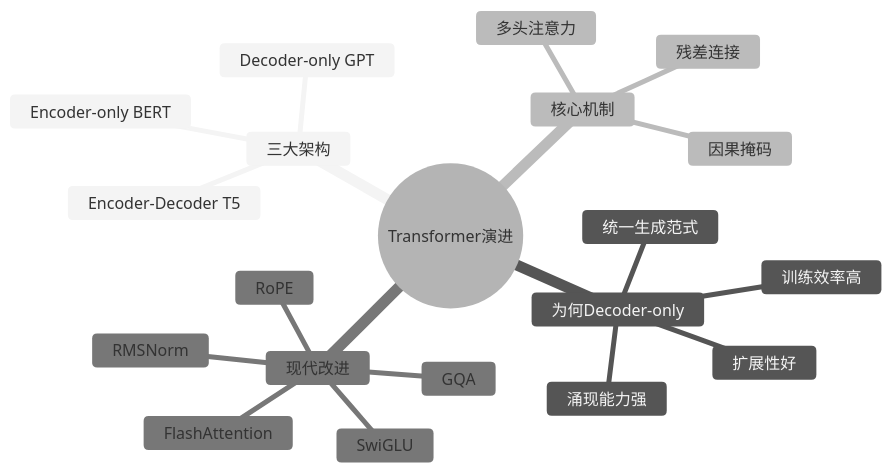
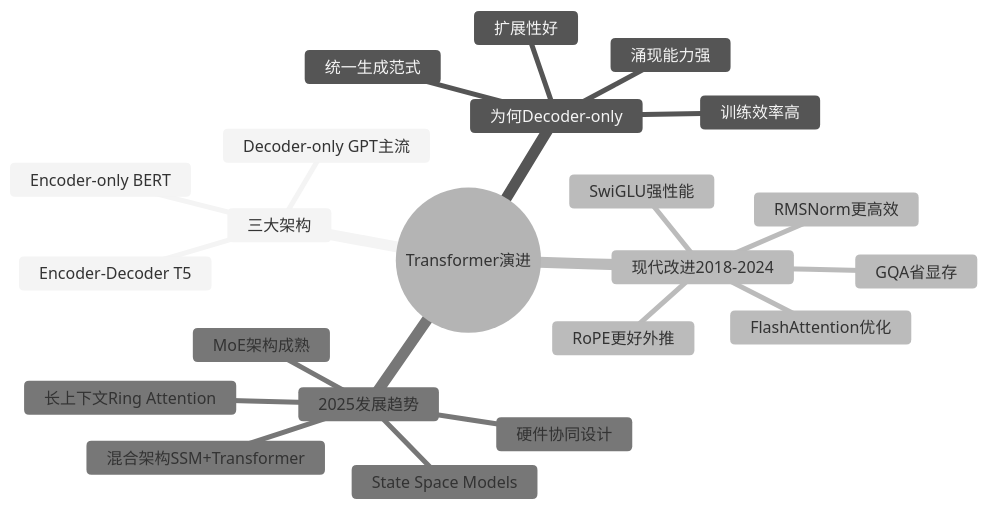
One commit to Xunzhuo/mini-sglang changed diagram 24 of 24 in learning/website/docs/basics/05-transformer-architecture.md. Above: the diagram before and after it, drawn with Mermaid (neutral theme). The commit also changed other lines of this file and 7 other files, not shown here.

````diff
--- a/learning/website/docs/basics/05-transformer-architecture.md
+++ b/learning/website/docs/basics/05-transformer-architecture.md
@@ -509,23 +665,25 @@
 ```mermaid
 mindmap
   root((Transformer演进))
     三大架构
       Encoder-only BERT
-      Decoder-only GPT
+      Decoder-only GPT主流
       Encoder-Decoder T5
     为何Decoder-only
       训练效率高
       统一生成范式
       涌现能力强
       扩展性好
-    核心机制
-      因果掩码
-      多头注意力
-      残差连接
-    现代改进
-      RMSNorm
-      RoPE
-      GQA
-      SwiGLU
-      FlashAttention
+    现代改进2018-2024
+      RMSNorm更高效
+      RoPE更好外推
+      GQA省显存
+      SwiGLU强性能
+      FlashAttention优化
+    2025发展趋势
+      State Space Models
+      混合架构SSM+Transformer
+      长上下文Ring Attention
+      MoE架构成熟
+      硬件协同设计
 ```
````
